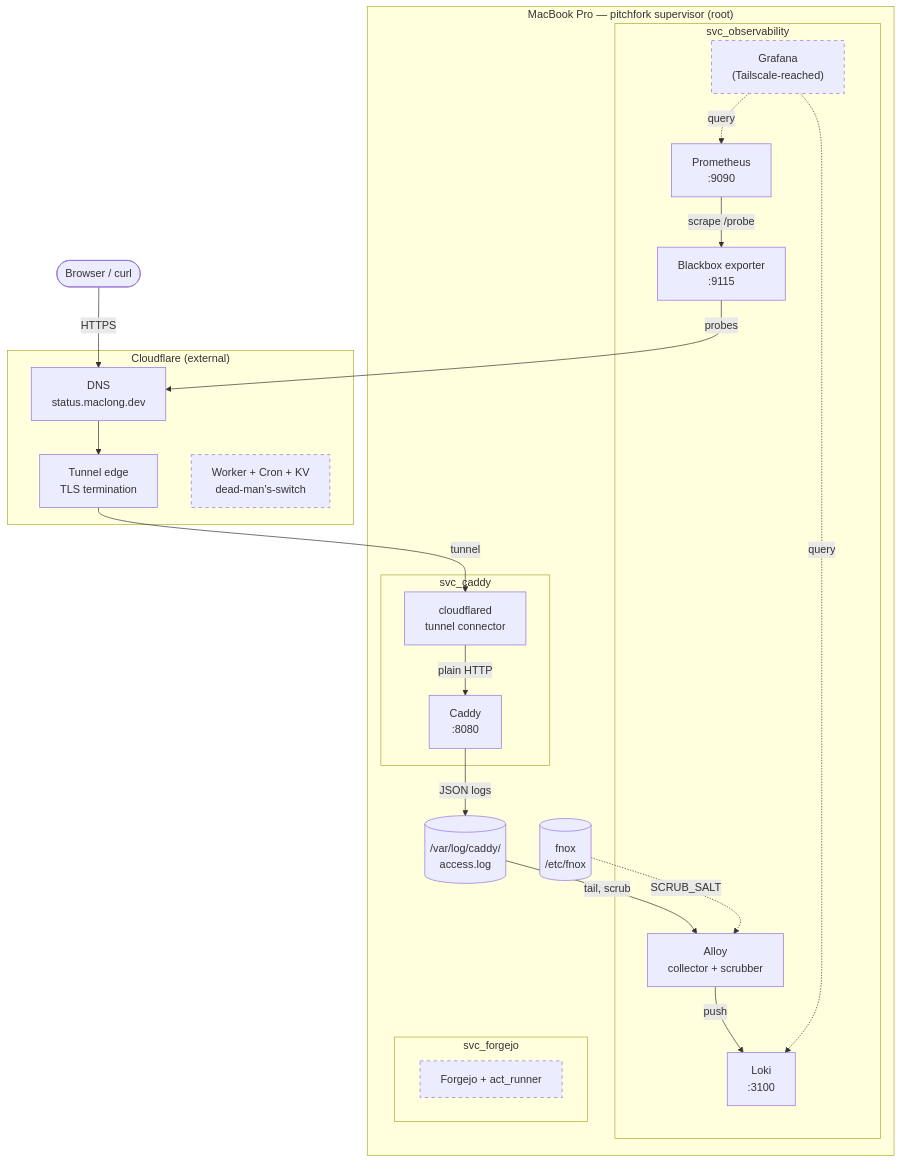
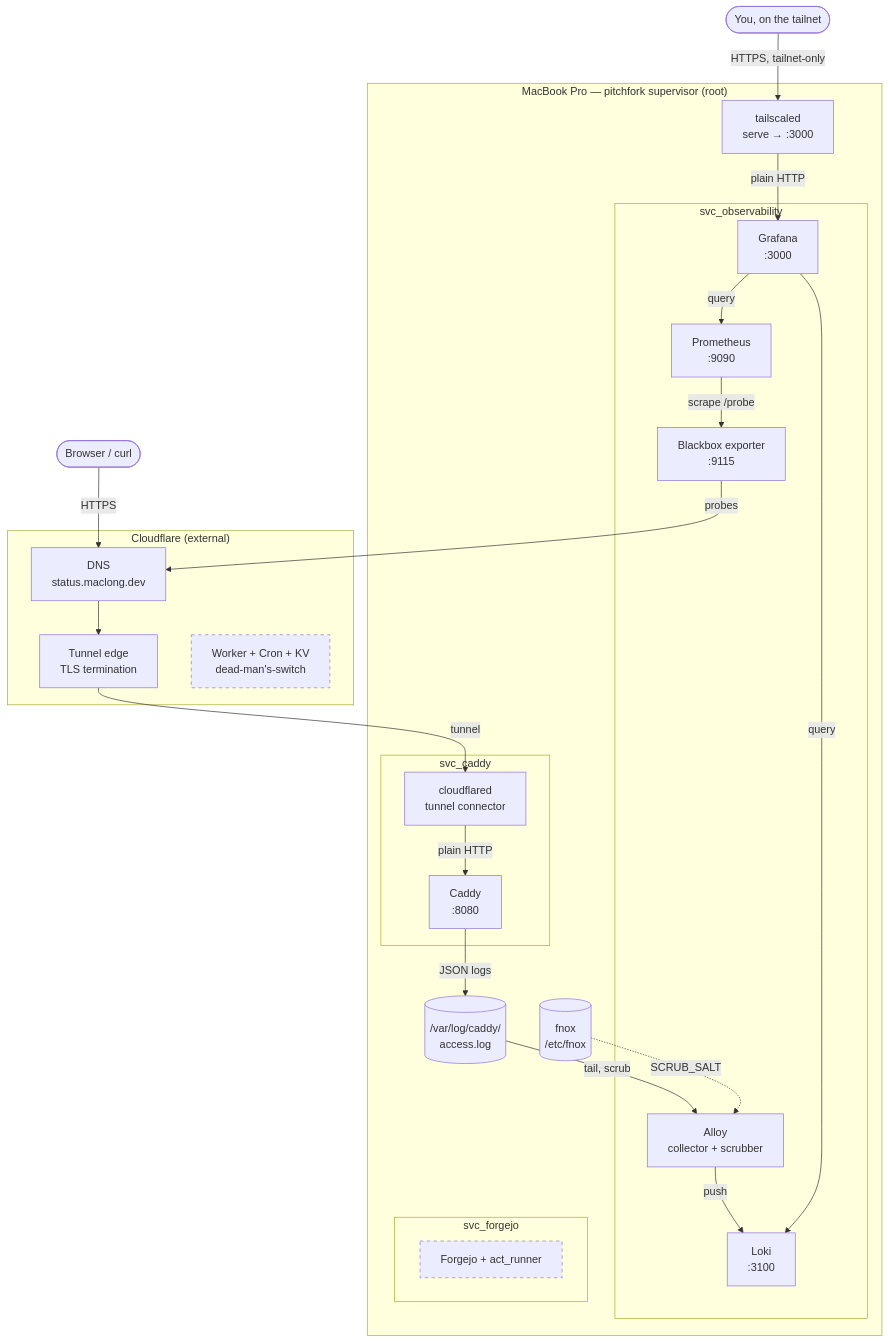
One commit to mac95sb/configuration changed the diagram in README.md. Above: the diagram before and after it, drawn with Mermaid. The commit also changed other lines of this file and 4 other files, not shown here.

First line of the commit message:
Add Grafana, reached over Tailscale

````diff
--- a/README.md
+++ b/README.md
@@ -11,44 +11,47 @@
 ```mermaid
 flowchart TB
     User(["Browser / curl"])
+    You(["You, on the tailnet"])
 
     subgraph CF["Cloudflare (external)"]
         DNS["DNS\nstatus.maclong.dev"]
         Edge["Tunnel edge\nTLS termination"]
         DMS["Worker + Cron + KV\ndead-man's-switch"]:::planned
     end
 
     subgraph Host["MacBook Pro — pitchfork supervisor (root)"]
         subgraph SvcCaddy["svc_caddy"]
             Cloudflared["cloudflared\ntunnel connector"]
             Caddy["Caddy\n:8080"]
         end
 
         CaddyLog[("/var/log/caddy/\naccess.log")]
 
         subgraph SvcObservability["svc_observability"]
             Blackbox["Blackbox exporter\n:9115"]
             Prometheus["Prometheus\n:9090"]
             Alloy["Alloy\ncollector + scrubber"]
             Loki["Loki\n:3100"]
-            Grafana["Grafana\n(Tailscale-reached)"]:::planned
+            Grafana["Grafana\n:3000"]
         end
 
         subgraph SvcForgejo["svc_forgejo"]
             Forgejo["Forgejo + act_runner"]:::planned
         end
 
         Fnox[("fnox\n/etc/fnox")]
+        Tailscaled["tailscaled\nserve → :3000"]
     end
 
     User -->|HTTPS| DNS --> Edge -->|tunnel| Cloudflared
     Cloudflared -->|plain HTTP| Caddy
     Caddy -->|JSON logs| CaddyLog -->|tail, scrub| Alloy
     Alloy -->|push| Loki
     Prometheus -->|scrape /probe| Blackbox -->|probes| DNS
-    Grafana -.->|query| Prometheus
-    Grafana -.->|query| Loki
+    Grafana -->|query| Prometheus
+    Grafana -->|query| Loki
     Fnox -.->|SCRUB_SALT| Alloy
+    You -->|HTTPS, tailnet-only| Tailscaled -->|plain HTTP| Grafana
 
     classDef planned stroke-dasharray: 5 5
 ```
````
